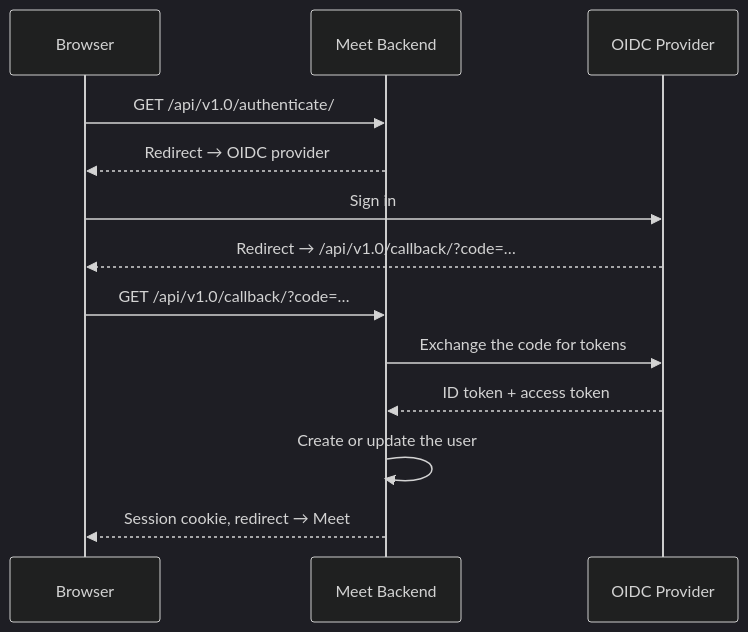
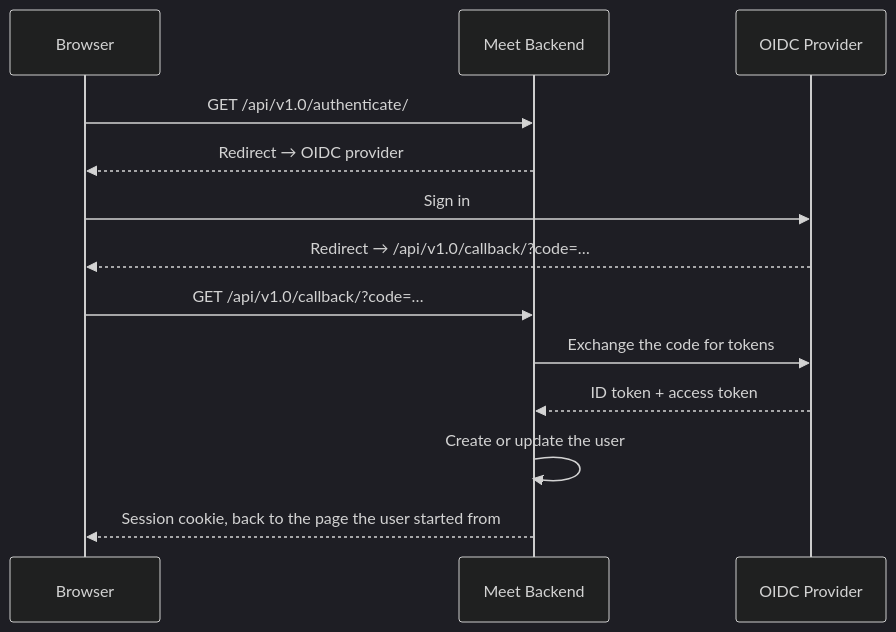
Before and after one commit to suitenumerique/meet: the second of 6 diagrams in docs/overview/how-meet-works.md, drawn with Mermaid (dark theme). The commit also changed other lines of this file and 57 other files, not shown here.

````diff
--- a/docs/overview/how-meet-works.md
+++ b/docs/overview/how-meet-works.md
@@ -68,16 +112,16 @@
 ```mermaid
 sequenceDiagram
     participant B as Browser
     participant BE as Meet Backend
     participant KC as OIDC Provider
 
     B->>BE: GET /api/v1.0/authenticate/
     BE-->>B: Redirect → OIDC provider
     B->>KC: Sign in
     KC-->>B: Redirect → /api/v1.0/callback/?code=…
     B->>BE: GET /api/v1.0/callback/?code=…
     BE->>KC: Exchange the code for tokens
     KC-->>BE: ID token + access token
     BE->>BE: Create or update the user
-    BE-->>B: Session cookie, redirect → Meet
+    BE-->>B: Session cookie, back to the page the user started from
 ```
````
